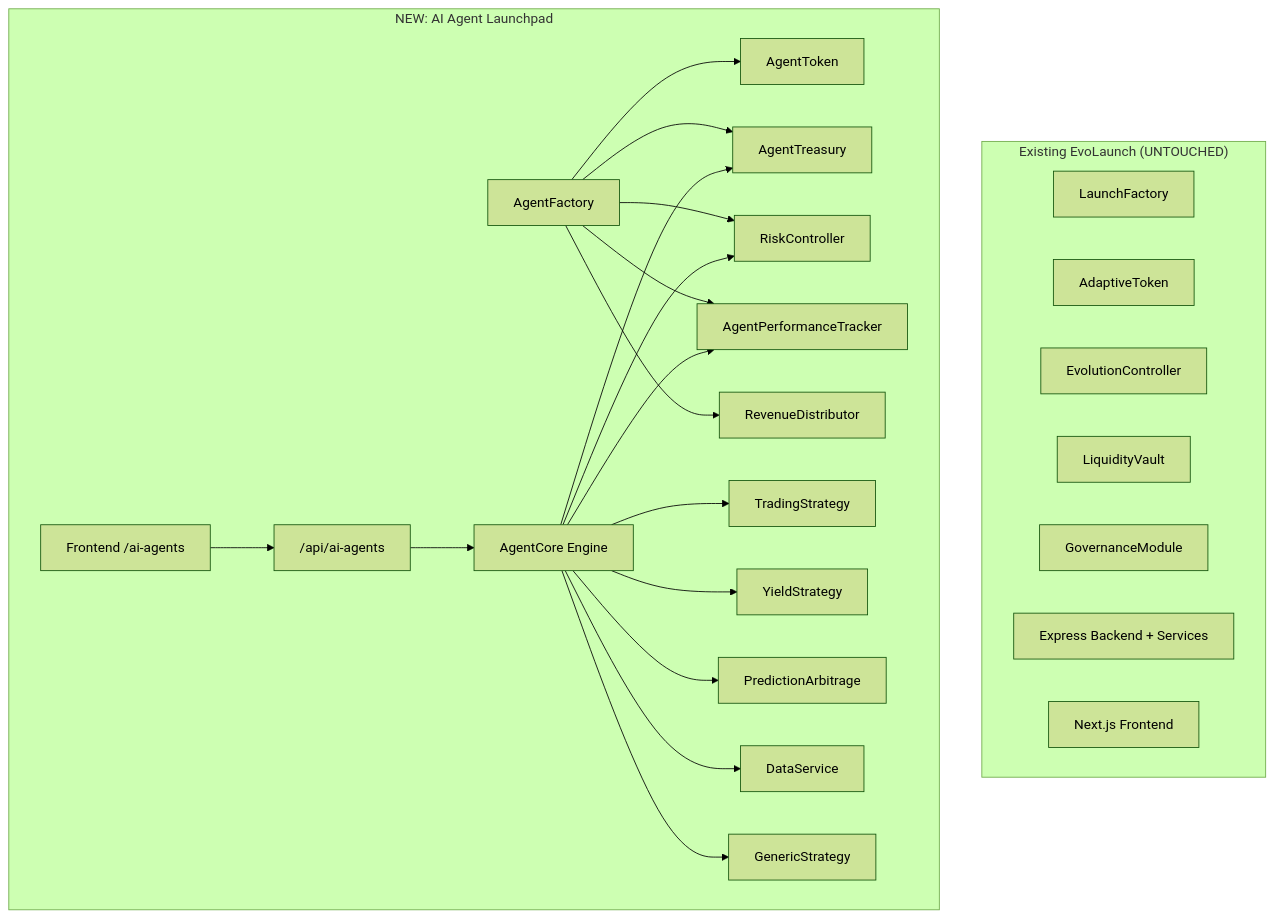
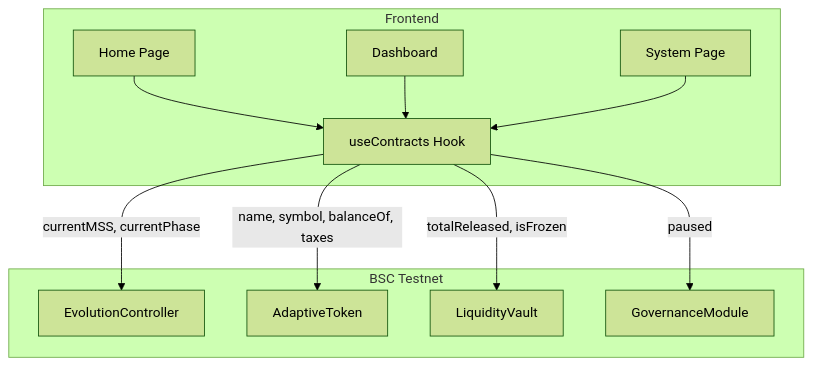
One commit to Janakiraman1021/EvoLaunch changed the diagram in walkthrough.md. Above: the diagram before and after it, drawn with Mermaid (forest theme). The commit also changed other lines of this file and 26 other files, not shown here.

First line of the commit message:
feat: add AI Agent Execution Engine configuration and frontend components for token swapping and wallet connection

````diff
--- a/walkthrough.md
+++ b/walkthrough.md
@@ -714,35 +39,25 @@
 ```mermaid
-graph TB
-    subgraph "Existing EvoLaunch (UNTOUCHED)"
-        LF[LaunchFactory]
+graph TD
+    subgraph "Frontend"
+        UC[useContracts Hook]
+        HP[Home Page]
+        DP[Dashboard]
+        SP[System Page]
+    end
+
+    subgraph "BSC Testnet"
+        EC[EvolutionController]
         AT[AdaptiveToken]
-        EC[EvolutionController]
         LV[LiquidityVault]
         GM[GovernanceModule]
-        EB[Express Backend + Services]
-        FE[Next.js Frontend]
     end
-    
-    subgraph "NEW: AI Agent Launchpad"
-        AF[AgentFactory]
-        ATo[AgentToken]
-        ATr[AgentTreasury]
-        RC[RiskController]
-        APT[AgentPerformanceTracker]
-        RD[RevenueDistributor]
-        AC[AgentCore Engine]
-        S1[TradingStrategy]
-        S2[YieldStrategy]
-        S3[PredictionArbitrage]
-        S4[DataService]
-        S5[GenericStrategy]
-        API["/api/ai-agents"]
-        FP["Frontend /ai-agents"]
-    end
-    
-    AF --> ATo & ATr & RC & APT & RD
-    AC --> S1 & S2 & S3 & S4 & S5
-    AC --> RC & ATr & APT
-    API --> AC
-    FP --> API
+
+    UC -->|currentMSS, currentPhase| EC
+    UC -->|name, symbol, balanceOf, taxes| AT
+    UC -->|totalReleased, isFrozen| LV
+    UC -->|paused| GM
+
+    HP --> UC
+    DP --> UC
+    SP --> UC
 ```
````
